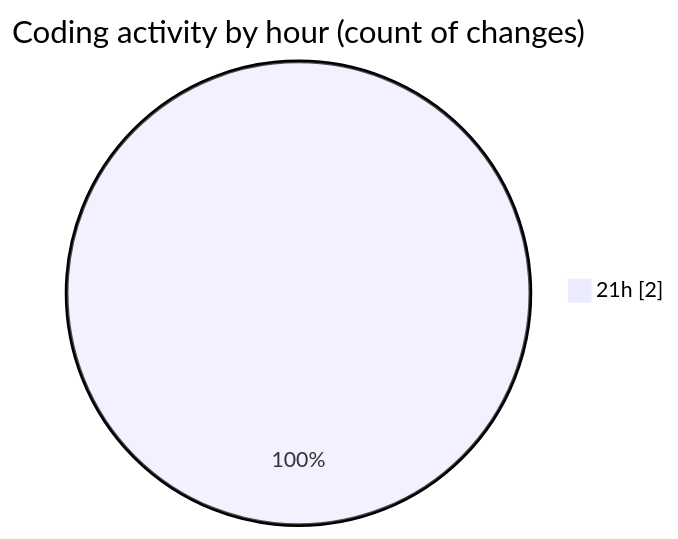
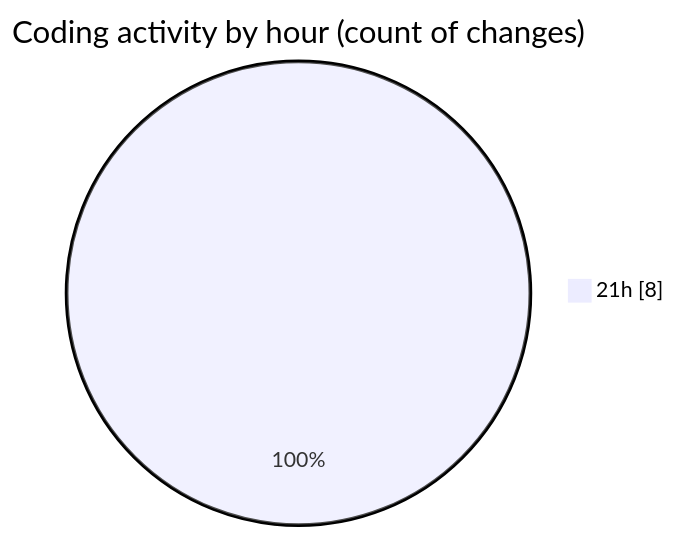
Before and after one commit to EIIisD/code-tracking: the second of 2 diagrams in 2025-08-06/fish/README.md, drawn with Mermaid. The commit also changed other lines of this file and 1 other file, not shown here.

````diff
--- a/2025-08-06/fish/README.md
+++ b/2025-08-06/fish/README.md
@@ -28,5 +28,5 @@
 ```mermaid
 pie showData
 title Coding activity by hour (count of changes)
-"21h" : 2
+"21h" : 8
 ```
````
